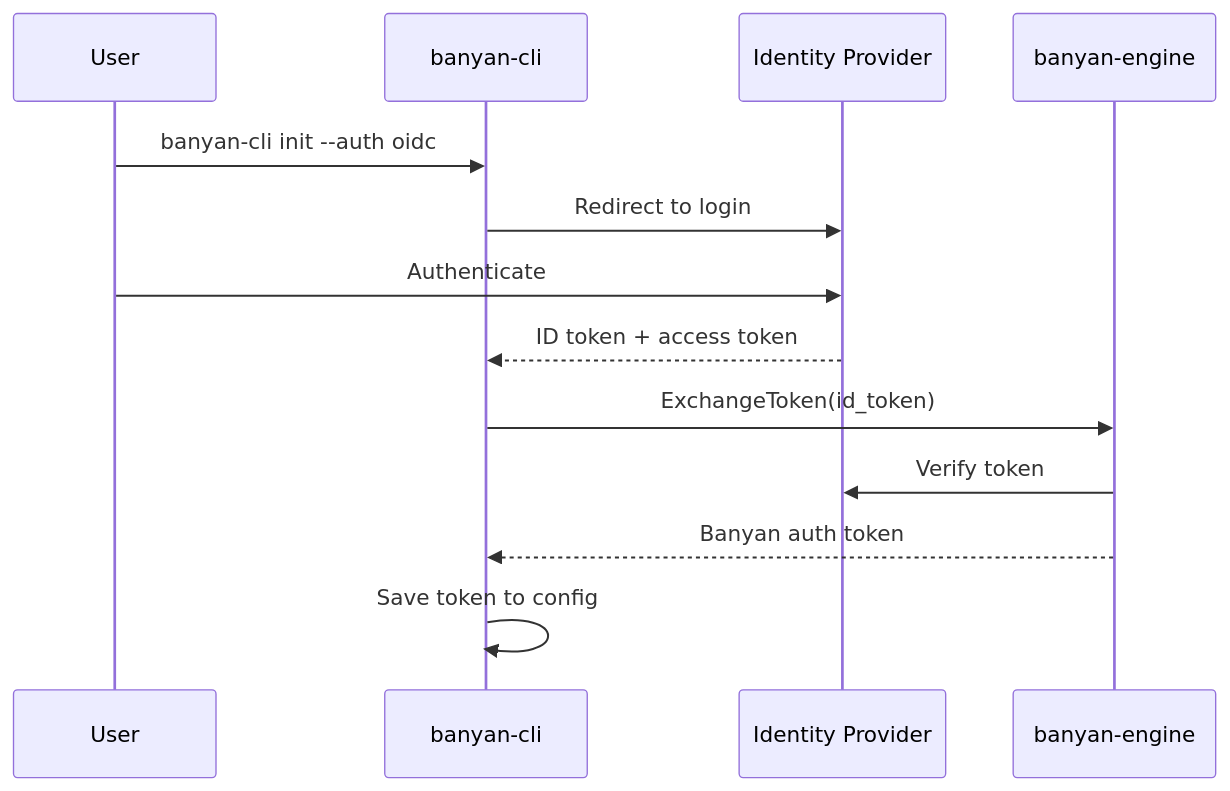
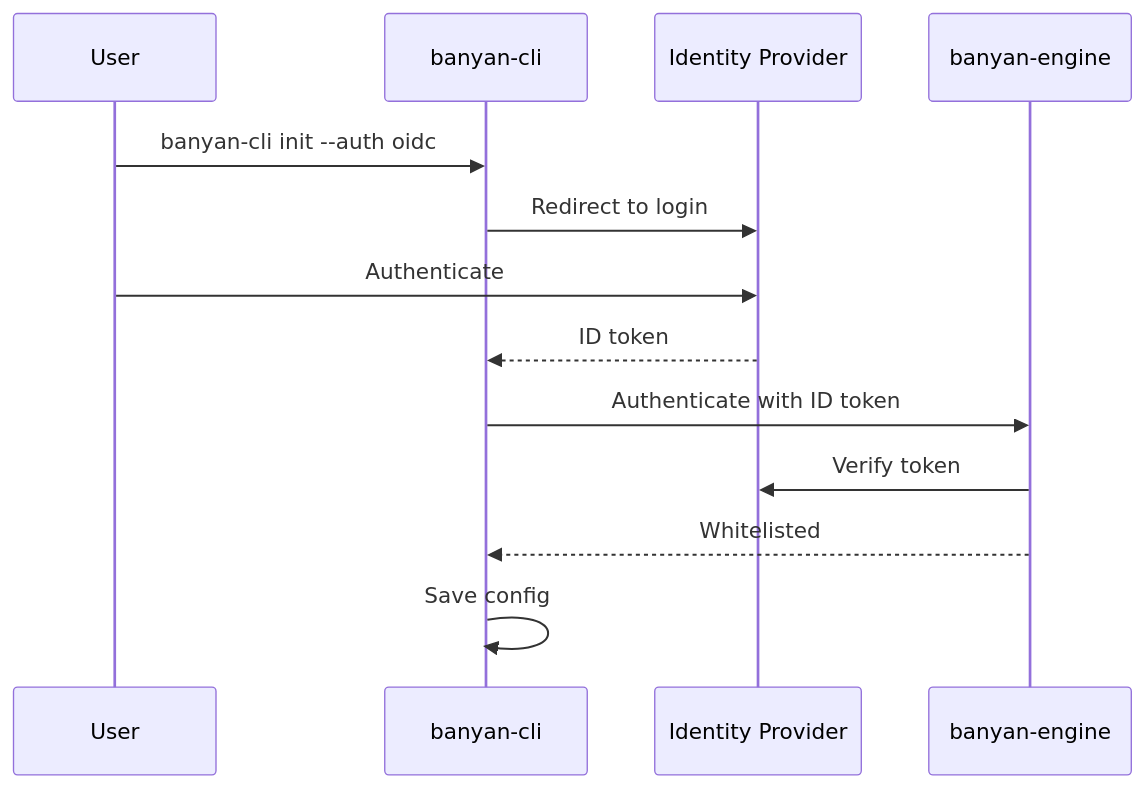
The fourth of 4 diagrams in website/src/content/docs/guides/authentication.md (fertile-org/banyan), drawn with Mermaid before and after one commit. The commit also changed other lines of this file and 76 other files, not shown here.

````diff
--- a/website/src/content/docs/guides/authentication.md
+++ b/website/src/content/docs/guides/authentication.md
@@ -211,16 +240,16 @@
 ```mermaid
 sequenceDiagram
     participant User
     participant CLI as banyan-cli
     participant IdP as Identity Provider
     participant Engine as banyan-engine
 
     User->>CLI: banyan-cli init --auth oidc
     CLI->>IdP: Redirect to login
     User->>IdP: Authenticate
-    IdP-->>CLI: ID token + access token
-    CLI->>Engine: ExchangeToken(id_token)
+    IdP-->>CLI: ID token
+    CLI->>Engine: Authenticate with ID token
     Engine->>IdP: Verify token
-    Engine-->>CLI: Banyan auth token
-    CLI->>CLI: Save token to config
+    Engine-->>CLI: Whitelisted
+    CLI->>CLI: Save config
 ```
````
